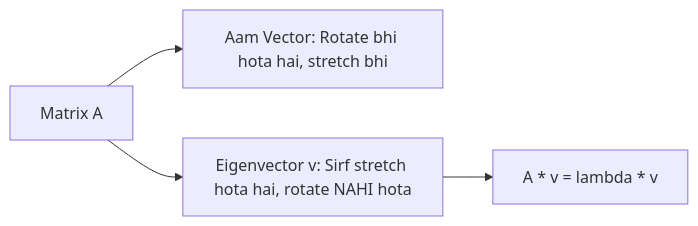
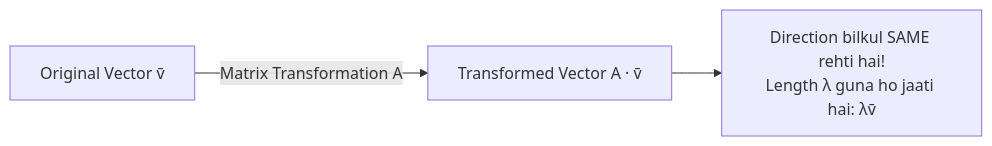
One commit to S1h2i3v4a/AI_ML changed the diagram in lecture_21/Notes_21.15/README_HINGLISH.md. Above: the diagram before and after it, drawn with Mermaid. The commit also changed other lines of this file and 203 other files, not shown here.

Commit message:
docs(lectures 19-21): align notes with video lectures, add blackboard diagrams, clean structured functions, and compile vector PDFs

````diff
--- a/lecture_21/Notes_21.15/README_HINGLISH.md
+++ b/lecture_21/Notes_21.15/README_HINGLISH.md
@@ -15,6 +48,5 @@
 ```mermaid
 flowchart LR
-    A["Matrix A"] --> B["Aam Vector: Rotate bhi hota hai, stretch bhi"]
-    A --> C["Eigenvector v: Sirf stretch hota hai, rotate NAHI hota"]
-    C --> D["A * v = lambda * v"]
+    V["Original Vector v̄"] -->|Matrix Transformation A| AV["Transformed Vector A · v̄"]
+    AV --> SameDir["Direction bilkul SAME rehti hai!<br/>Length λ guna ho jaati hai: λv̄"]
 ```
````
